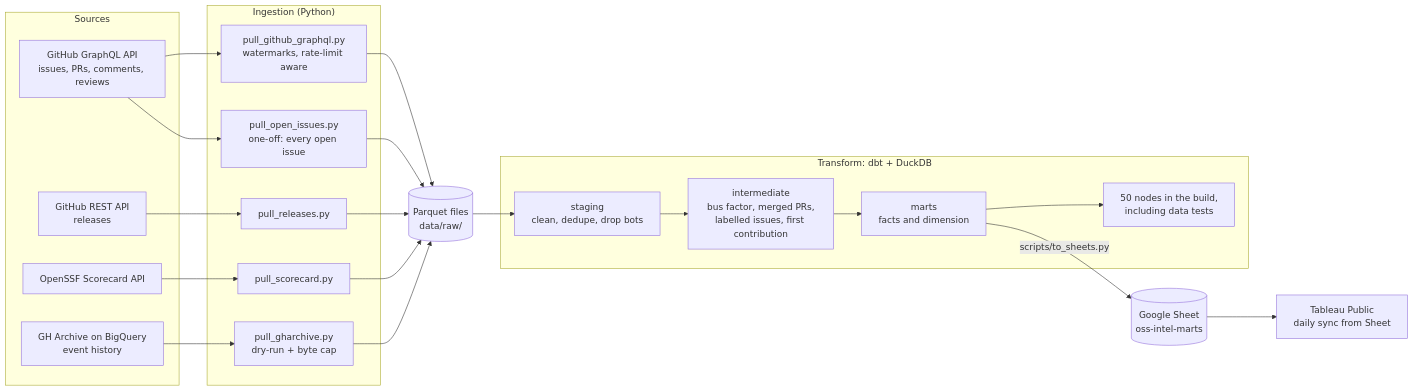
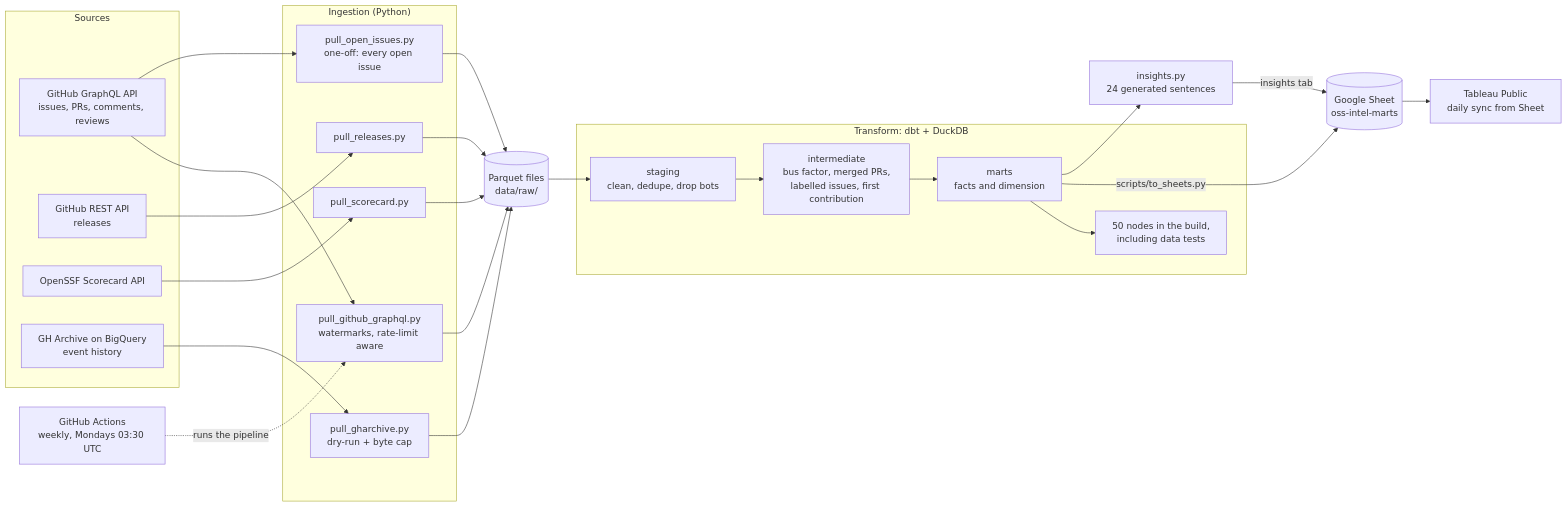
One commit to Ubed23/oss-ecosystem-intelligence changed the first of 4 diagrams in README.md. Above: the diagram before and after it, drawn with Mermaid. The commit also changed other lines of this file, not shown here.

Commit message:
Update README: weekly automated pipeline and generated Key Insights

````diff
--- a/README.md
+++ b/README.md
@@ -56,37 +58,41 @@
 ```mermaid
 flowchart LR
     subgraph SRC["Sources"]
         GQL["GitHub GraphQL API<br/>issues, PRs, comments, reviews"]
         REST["GitHub REST API<br/>releases"]
         OSSF["OpenSSF Scorecard API"]
         BQ["GH Archive on BigQuery<br/>event history"]
     end
 
     subgraph ING["Ingestion (Python)"]
         P1["pull_github_graphql.py<br/>watermarks, rate-limit aware"]
         P2["pull_releases.py"]
         P3["pull_scorecard.py"]
         P4["pull_gharchive.py<br/>dry-run + byte cap"]
     P5["pull_open_issues.py<br/>one-off: every open issue"]
     end
 
     RAW[("Parquet files<br/>data/raw/")]
 
     subgraph WH["Transform: dbt + DuckDB"]
         STG["staging<br/>clean, dedupe, drop bots"]
         INT["intermediate<br/>bus factor, merged PRs,<br/>labelled issues, first contribution"]
         MART["marts<br/>facts and dimension"]
         TST["50 nodes in the build,<br/>including data tests"]
     end
 
+    INS["insights.py<br/>24 generated sentences"]
+    GHA["GitHub Actions<br/>weekly, Mondays 03:30 UTC"]
     SHEET[("Google Sheet<br/>oss-intel-marts")]
     TAB["Tableau Public<br/>daily sync from Sheet"]
 
     GQL --> P1 --> RAW
     REST --> P2 --> RAW
     OSSF --> P3 --> RAW
     BQ --> P4 --> RAW
     GQL --> P5 --> RAW
     RAW --> STG --> INT --> MART --> TST
     MART -->|"scripts/to_sheets.py"| SHEET --> TAB
+    MART --> INS -->|"insights tab"| SHEET
+    GHA -.->|"runs the pipeline"| P1
 ```
````
